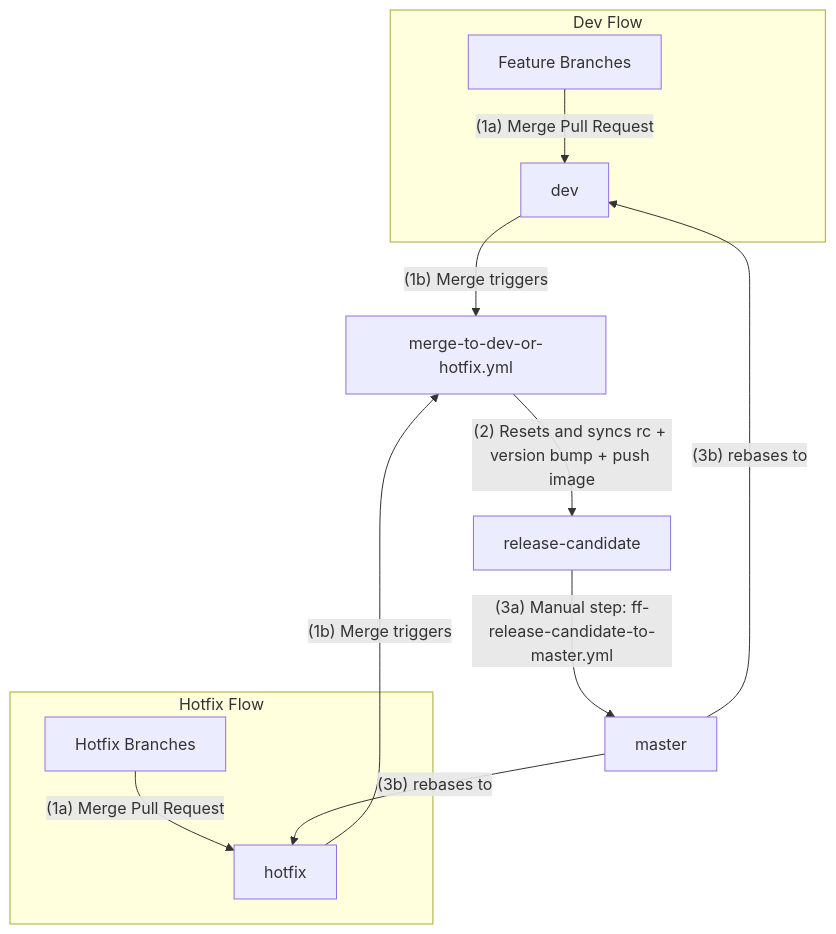
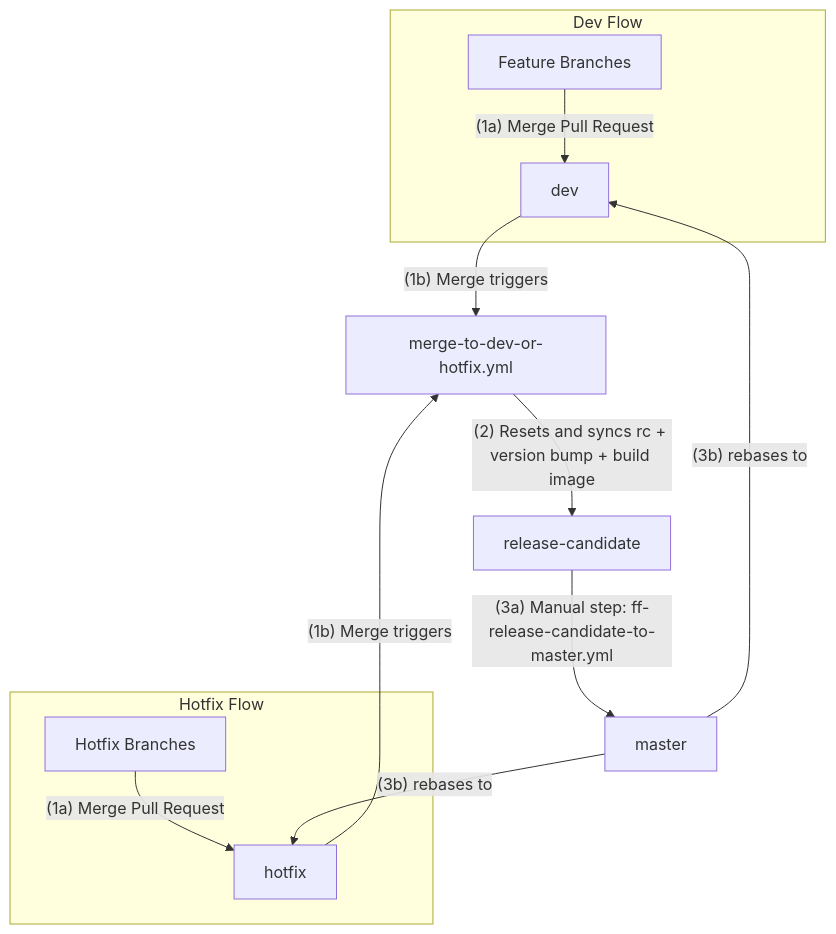
The diagram in README.md (NexusMutual/workflows), drawn with Mermaid before and after one commit.

````diff
--- a/README.md
+++ b/README.md
@@ -27,30 +27,30 @@
 ```mermaid
 flowchart TD
     %% Nodes
     A[Feature Branches]
     B[dev]
     H[Hotfix Branches]
     G[hotfix]
     C_merge[merge-to-dev-or-hotfix.yml]
     RC[release-candidate]
     D[master]
 
     %% Dev Flow
     subgraph Dev Flow
         A -->|"(1a) Merge Pull Request"| B
     end
 
     %% Hotfix Flow
     subgraph Hotfix Flow
         H -->|"(1a) Merge Pull Request"| G
     end
 
     B -->|"(1b) Merge triggers"| C_merge
     G -->|"(1b) Merge triggers"| C_merge
     
-    C_merge -->|"(2) Resets and syncs rc + version bump + push image"| RC
+    C_merge -->|"(2) Resets and syncs rc + version bump + build image"| RC
 
     RC -->|"(3a) Manual step: ff-release-candidate-to-master.yml"| D
     D -->|"(3b) rebases to"| B
     D -->|"(3b) rebases to"| G
 ```
````
